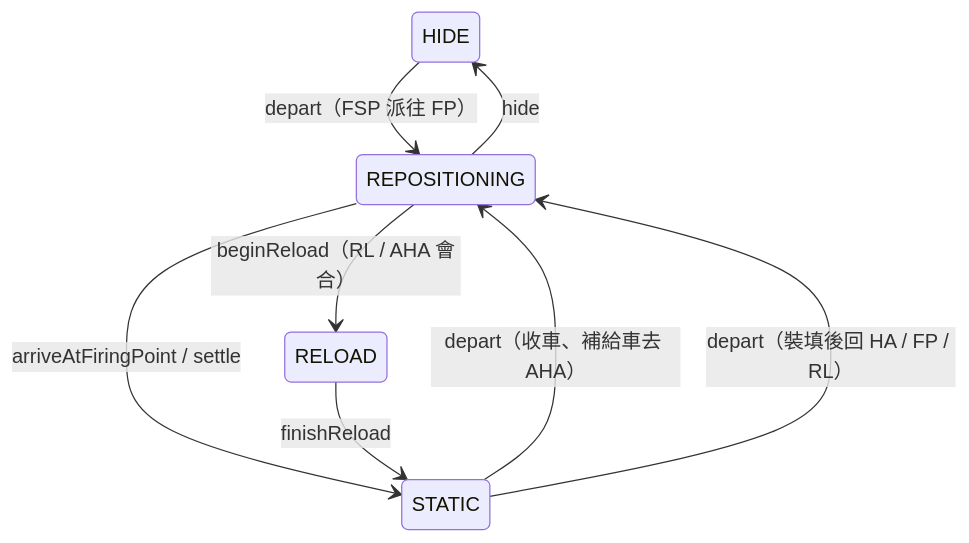
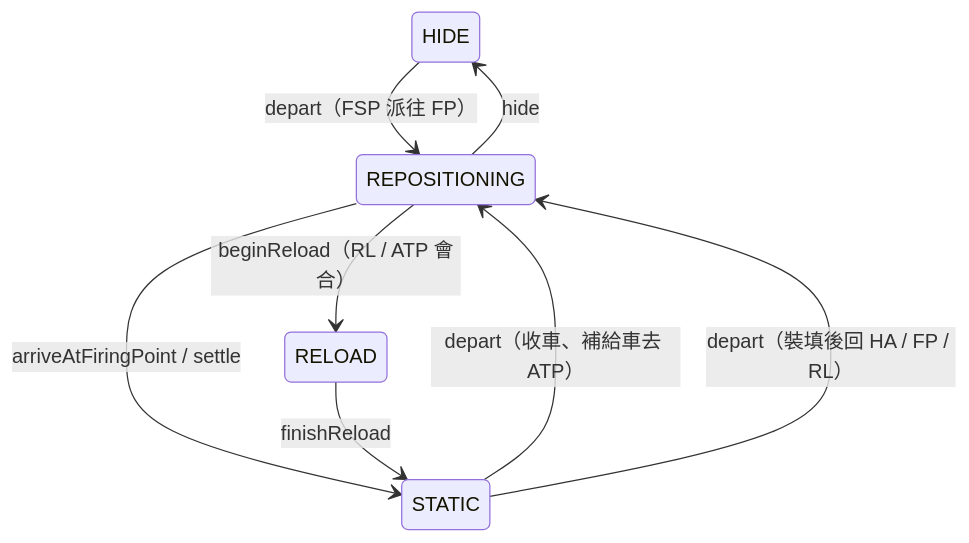
The diagram in docs/missileSystem/transitions.md (pullupjumper/formosa-in-flames), drawn with Mermaid before and after one commit. The commit also changed 59 other files, not shown here.

First line of the commit message:
refactor(missileSystem): rename ammo holding area (AHA) to ammunition transfer point (ATP)

````diff
--- a/docs/missileSystem/transitions.md
+++ b/docs/missileSystem/transitions.md
@@ -25,10 +25,10 @@
 ```mermaid
 stateDiagram-v2
     HIDE --> REPOSITIONING: depart（FSP 派往 FP）
     REPOSITIONING --> STATIC: arriveAtFiringPoint / settle
-    STATIC --> REPOSITIONING: depart（收車、補給車去 AHA）
-    REPOSITIONING --> RELOAD: beginReload（RL / AHA 會合）
+    STATIC --> REPOSITIONING: depart（收車、補給車去 ATP）
+    REPOSITIONING --> RELOAD: beginReload（RL / ATP 會合）
     RELOAD --> STATIC: finishReload
     STATIC --> REPOSITIONING: depart（裝填後回 HA / FP / RL）
     REPOSITIONING --> HIDE: hide
 ```
````
